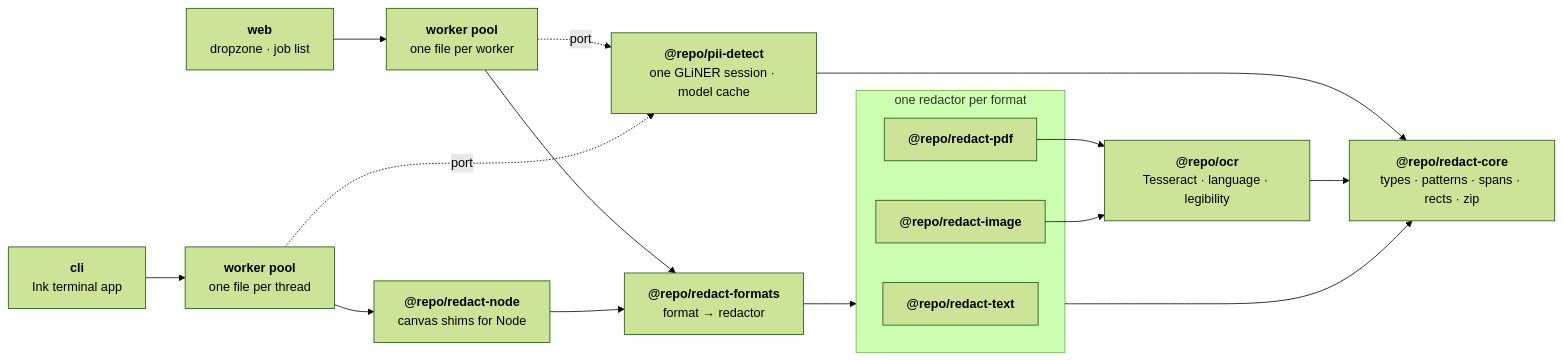
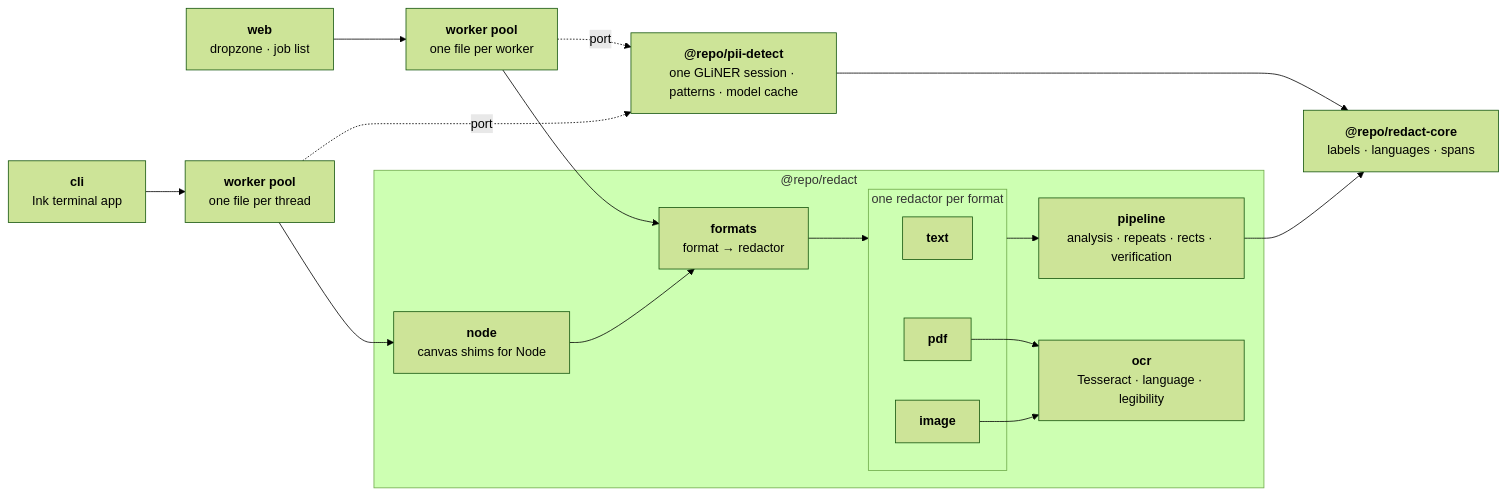
The diagram in README.md (pedroapfilho/localveil), drawn with Mermaid (forest theme) before and after one commit. The commit also changed other lines of this file and 168 other files, not shown here.

````diff
--- a/README.md
+++ b/README.md
@@ -169,26 +169,33 @@
 ```mermaid
 flowchart LR
   web["<b>web</b><br/>dropzone · job list"] --> pool["<b>worker pool</b><br/>one file per worker"]
   cli["<b>cli</b><br/>Ink terminal app"] --> threads["<b>worker pool</b><br/>one file per thread"]
-  threads --> node["<b>@repo/redact-node</b><br/>canvas shims for Node"]
 
-  pool --> formats["<b>@repo/redact-formats</b><br/>format → redactor"]
+  subgraph redact["@repo/redact"]
+    node["<b>node</b><br/>canvas shims for Node"]
+    formats["<b>formats</b><br/>format → redactor"]
+
+    subgraph redactors["one redactor per format"]
+      text["<b>text</b>"]
+      pdf["<b>pdf</b>"]
+      image["<b>image</b>"]
+    end
+
+    ocr["<b>ocr</b><br/>Tesseract · language · legibility"]
+    pipeline["<b>pipeline</b><br/>analysis · repeats · rects · verification"]
+  end
+
+  threads --> node
+  pool --> formats
   node --> formats
   formats --> redactors
+  pdf --> ocr
+  image --> ocr
+  redactors --> pipeline
 
-  subgraph redactors["one redactor per format"]
-    text["<b>@repo/redact-text</b>"]
-    pdf["<b>@repo/redact-pdf</b>"]
-    image["<b>@repo/redact-image</b>"]
-  end
-
-  pool -. port .-> detect["<b>@repo/pii-detect</b><br/>one GLiNER session · model cache"]
+  pool -. port .-> detect["<b>@repo/pii-detect</b><br/>one GLiNER session · patterns · model cache"]
   threads -. port .-> detect
 
-  pdf --> ocr["<b>@repo/ocr</b><br/>Tesseract · language · legibility"]
-  image --> ocr
-
-  redactors --> core["<b>@repo/redact-core</b><br/>types · patterns · spans · rects · zip"]
+  pipeline --> core["<b>@repo/redact-core</b><br/>labels · languages · spans"]
   detect --> core
-  ocr --> core
 ```
````
